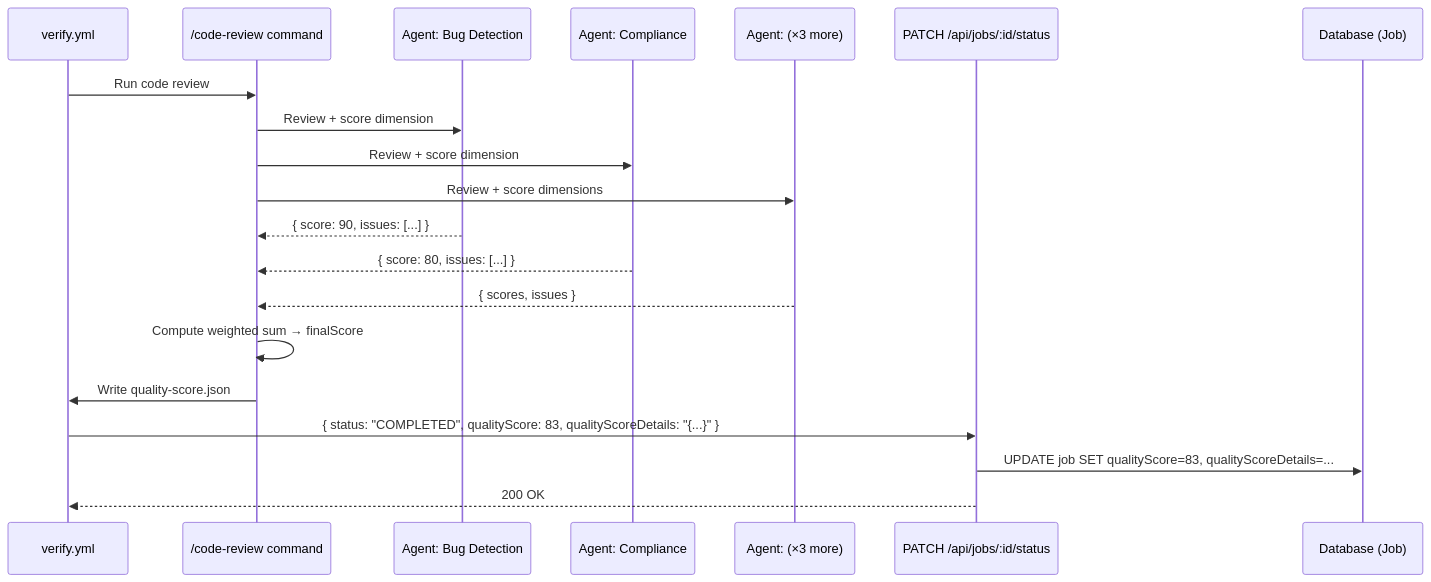
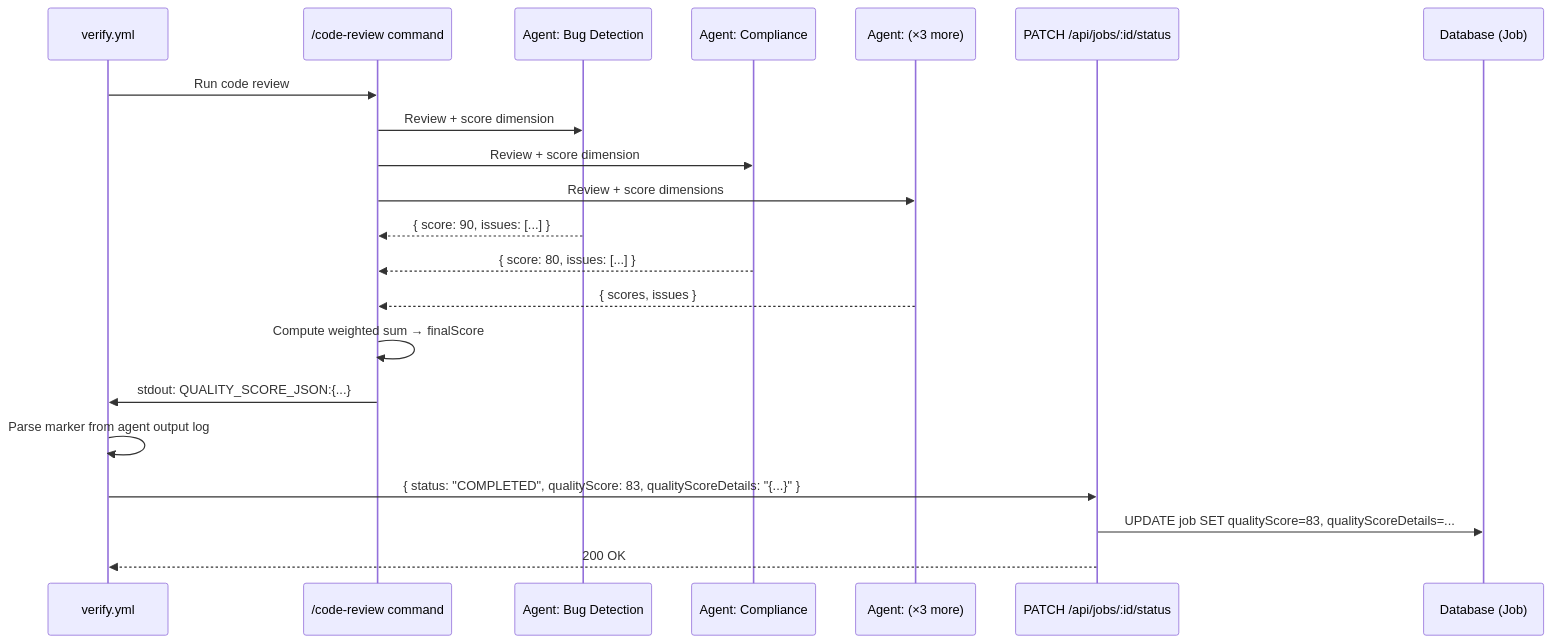
Before and after one commit to bfernandez31/ai-board: the second of 5 diagrams in specs/specifications/functional/04-automation.md, drawn with Mermaid. The commit also changed other lines of this file and 3 other files, not shown here.

First line of the commit message:
fix(verify): parse quality score from agent stdout instead of file

````diff
--- a/specs/specifications/functional/04-automation.md
+++ b/specs/specifications/functional/04-automation.md
@@ -193,23 +193,24 @@
 ```mermaid
 sequenceDiagram
     participant VW as verify.yml
     participant CR as /code-review command
     participant A1 as Agent: Bug Detection
     participant A2 as Agent: Compliance
     participant AN as Agent: (×3 more)
     participant API as PATCH /api/jobs/:id/status
     participant DB as Database (Job)
 
     VW->>CR: Run code review
     CR->>A1: Review + score dimension
     CR->>A2: Review + score dimension
     CR->>AN: Review + score dimensions
     A1-->>CR: { score: 90, issues: [...] }
     A2-->>CR: { score: 80, issues: [...] }
     AN-->>CR: { scores, issues }
     CR->>CR: Compute weighted sum → finalScore
-    CR->>VW: Write quality-score.json
+    CR->>VW: stdout: QUALITY_SCORE_JSON:{...}
+    VW->>VW: Parse marker from agent output log
     VW->>API: { status: "COMPLETED", qualityScore: 83, qualityScoreDetails: "{...}" }
     API->>DB: UPDATE job SET qualityScore=83, qualityScoreDetails=...
     API-->>VW: 200 OK
 ```
````
